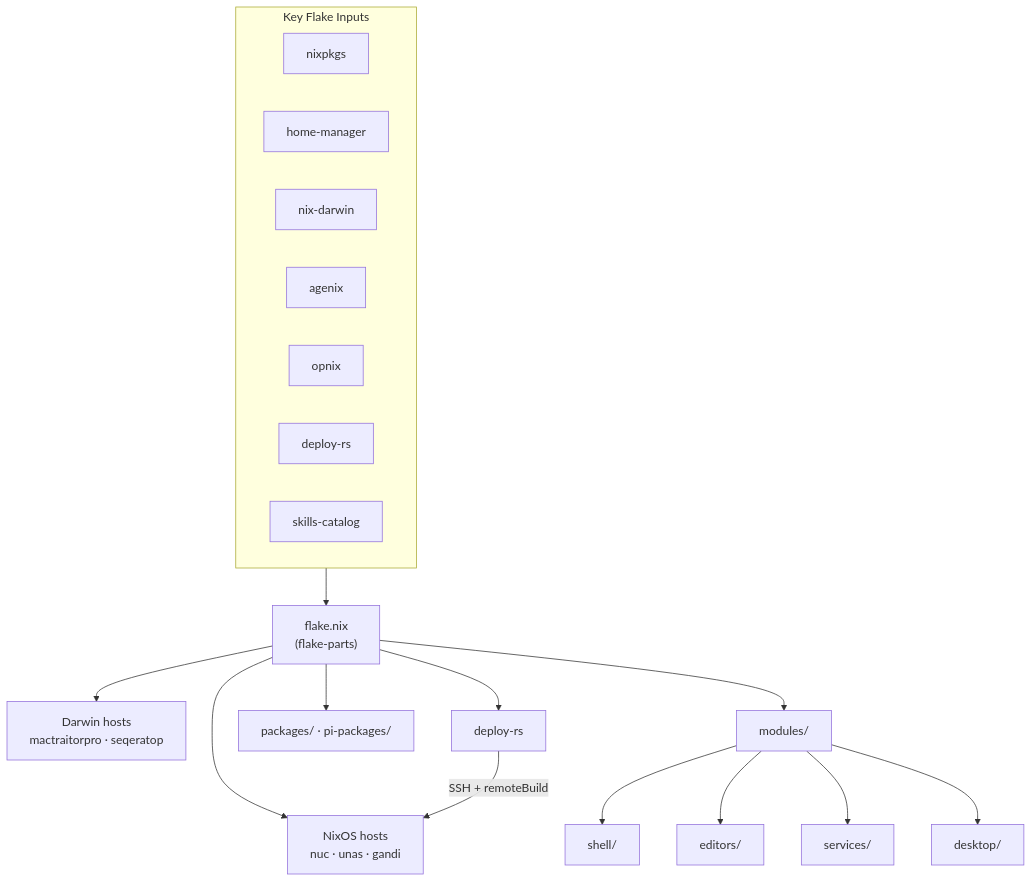
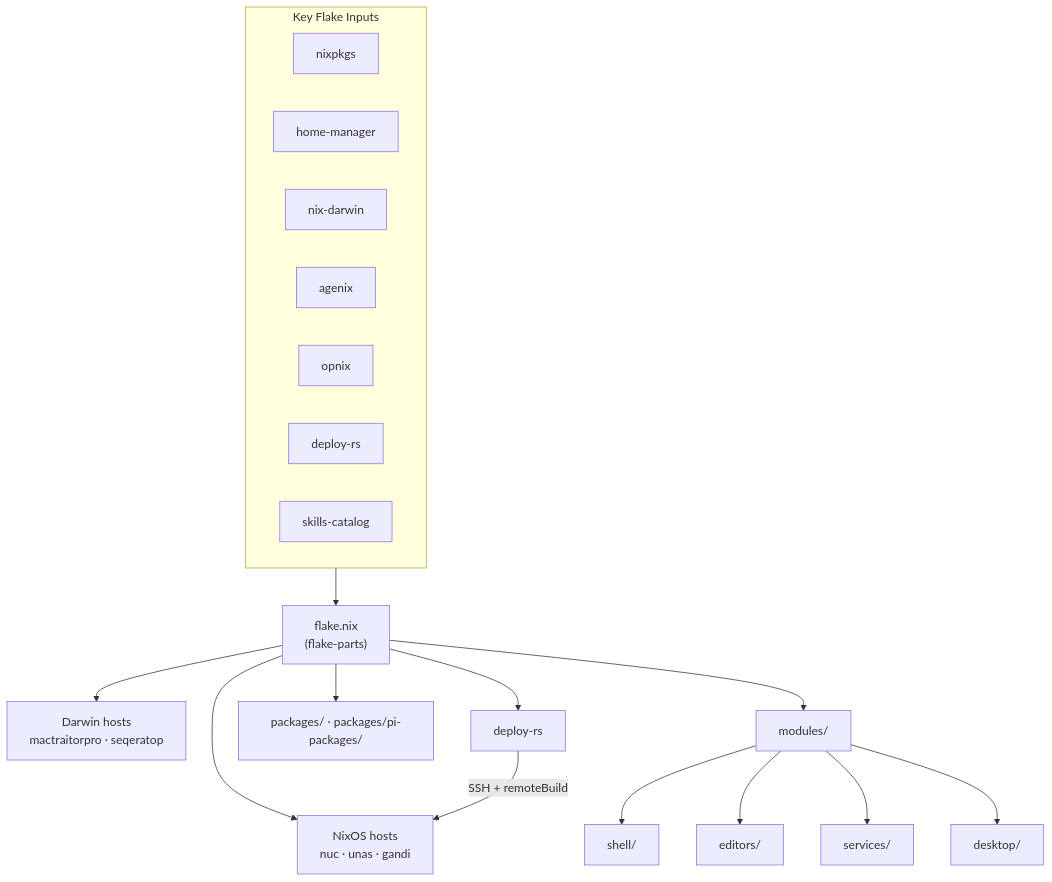
One commit to edmundmiller/dotfiles changed the diagram in docs/architecture.md. Above: the diagram before and after it, drawn with Mermaid. The commit also changed other lines of this file and 242 other files, not shown here.

````diff
--- a/docs/architecture.md
+++ b/docs/architecture.md
@@ -9,28 +9,28 @@
 ```mermaid
 graph TB
   subgraph Inputs["Key Flake Inputs"]
     nixpkgs["nixpkgs"]
     home_manager["home-manager"]
     nix_darwin["nix-darwin"]
     agenix["agenix"]
     opnix["opnix"]
     deploy_rs["deploy-rs"]
     skills_catalog["skills-catalog"]
   end
 
   flake["flake.nix<br/>(flake-parts)"]
   Inputs --> flake
 
   flake --> darwin["Darwin hosts<br/>mactraitorpro · seqeratop"]
   flake --> nixos["NixOS hosts<br/>nuc · unas · gandi"]
   flake --> modules["modules/"]
-  flake --> packages["packages/ · pi-packages/"]
+  flake --> packages["packages/ · packages/pi-packages/"]
   flake --> deploy["deploy-rs"]
 
   modules --> shell["shell/"]
   modules --> editors["editors/"]
   modules --> services["services/"]
   modules --> desktop["desktop/"]
 
   deploy -->|SSH + remoteBuild| nixos
 ```
````
